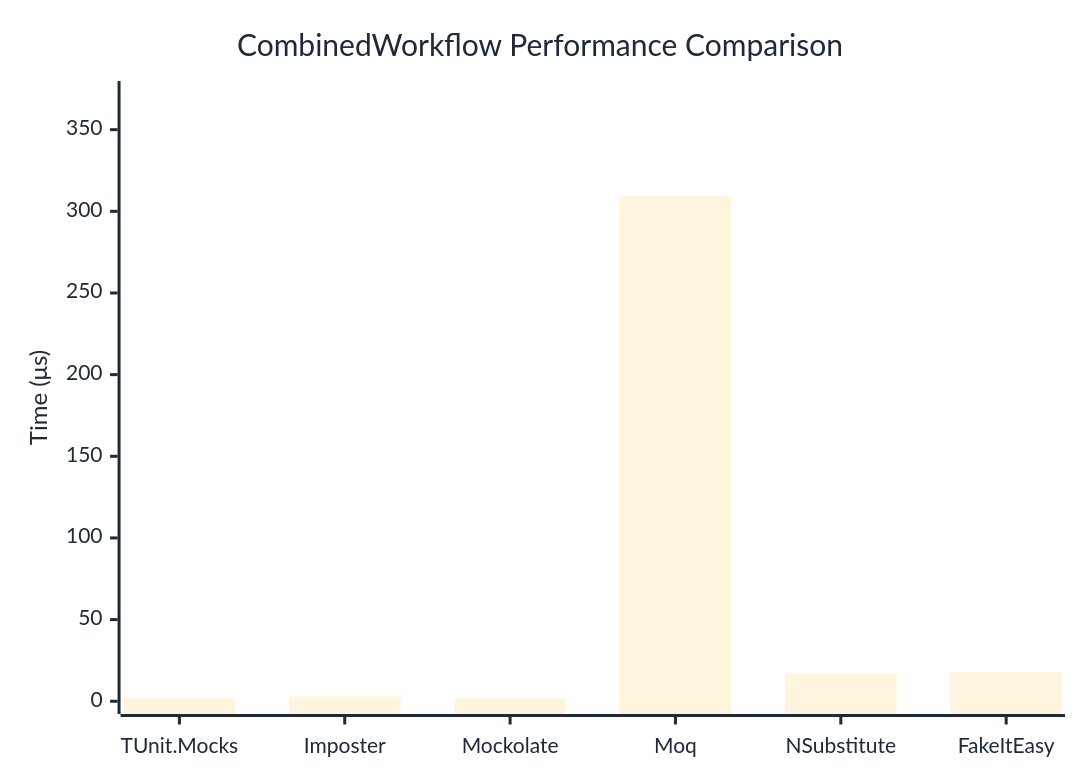
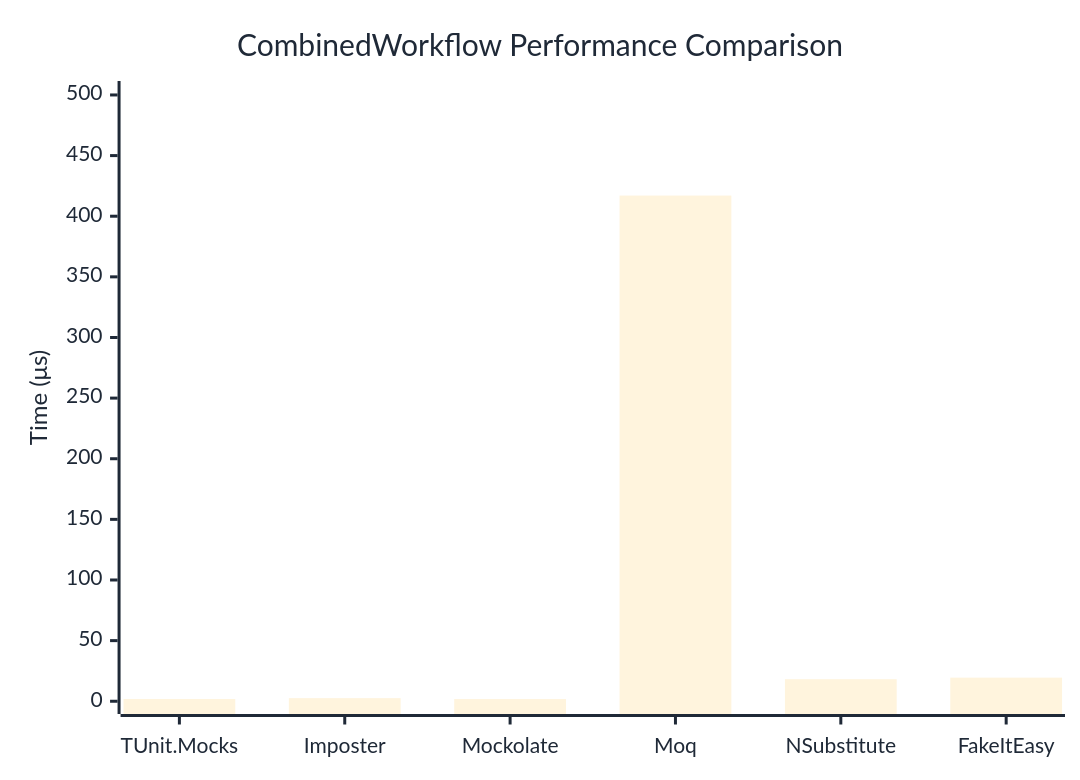
The diagram in docs/docs/benchmarks/mocks/CombinedWorkflow.md (thomhurst/TUnit), drawn with Mermaid before and after one commit. The commit also changed other lines of this file and 14 other files, not shown here.

````diff
--- a/docs/docs/benchmarks/mocks/CombinedWorkflow.md
+++ b/docs/docs/benchmarks/mocks/CombinedWorkflow.md
@@ -30,27 +30,27 @@
 ```mermaid
 %%{init: {
   'theme':'base',
   'themeVariables': {
     'primaryColor': '#2563eb',
     'primaryTextColor': '#1f2937',
     'primaryBorderColor': '#1e40af',
     'lineColor': '#6b7280',
     'secondaryColor': '#7c3aed',
     'tertiaryColor': '#dc2626',
     'background': '#ffffff',
     'pie1': '#2563eb',
     'pie2': '#7c3aed',
     'pie3': '#dc2626',
     'pie4': '#f59e0b',
     'pie5': '#10b981',
     'pie6': '#06b6d4',
     'pie7': '#ec4899',
     'pie8': '#6366f1'
   }
 }}%%
 xychart-beta
   title "CombinedWorkflow Performance Comparison"
   x-axis ["TUnit.Mocks", "Imposter", "Mockolate", "Moq", "NSubstitute", "FakeItEasy"]
-  y-axis "Time (μs)" 0 --> 372
-  bar [2.009, 2.866, 1.784, 309.209, 17.004, 17.991]
+  y-axis "Time (μs)" 0 --> 501
+  bar [1.855, 2.563, 1.825, 417.032, 18.193, 19.47]
 ```
````
